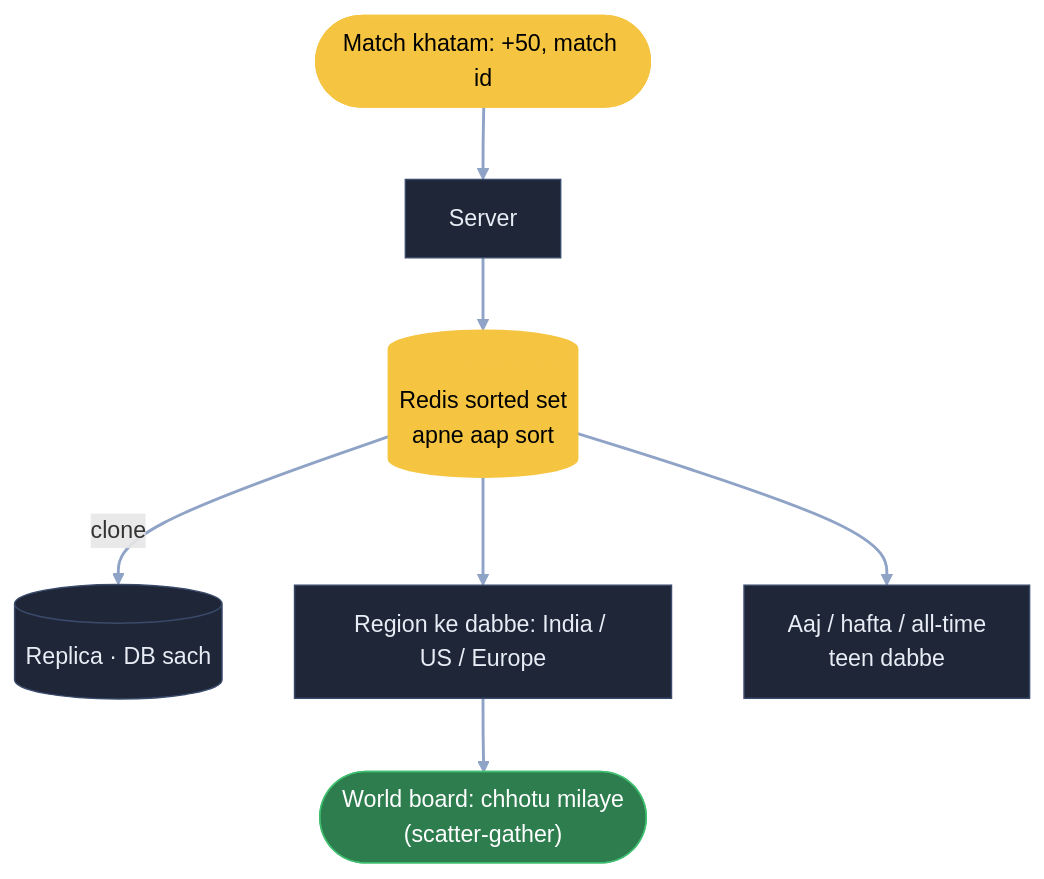
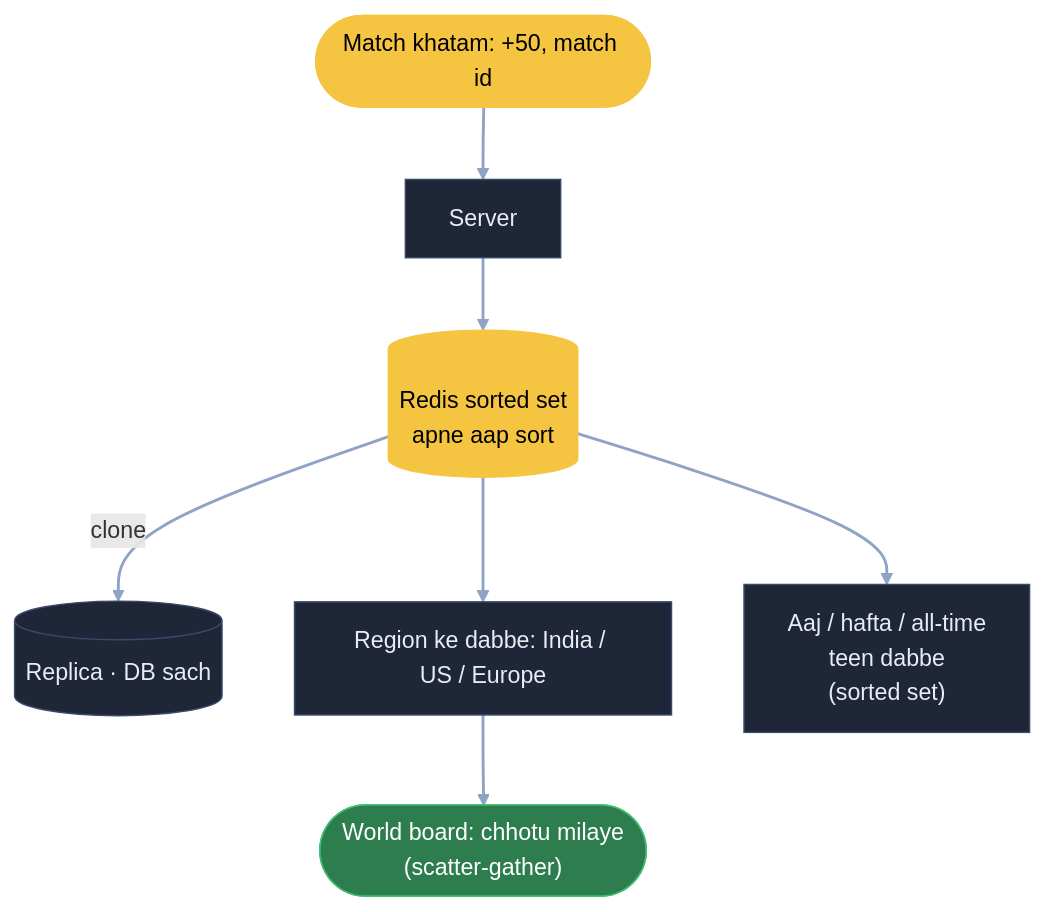
The eighth of 8 diagrams in 04_HLD/SYSTEM_DESIGNS/16_leaderboard/16_leaderboard.md (ArpanMaheshwari144/Prep), drawn with Mermaid before and after one commit. The commit also changed other lines of this file and 22 other files, not shown here.

Commit message:
Diagram: sirf kahani ke dohraaye shabd pe bracket, us jagah notes wala matlab (207 label)

````diff
--- a/04_HLD/SYSTEM_DESIGNS/16_leaderboard/16_leaderboard.md
+++ b/04_HLD/SYSTEM_DESIGNS/16_leaderboard/16_leaderboard.md
@@ -406,14 +406,14 @@
 ```mermaid
 flowchart TB
     M(["Match khatam: +50, match id"]):::pill --> S["Server"]:::card
     S --> Z[("Redis sorted set<br/>apne aap sort")]:::pill
     Z -- "clone" --> REP[("Replica · DB sach")]:::card
     Z --> RG["Region ke dabbe: India / US / Europe"]:::card
     RG --> W(["World board: chhotu milaye<br/>(scatter-gather)"]):::good
-    Z --> T["Aaj / hafta / all-time<br/>teen dabbe"]:::card
+    Z --> T["Aaj / hafta / all-time<br/>teen dabbe<br/>(sorted set)"]:::card
     linkStyle default stroke:#8fa3c7,stroke-width:2px
     classDef card fill:#1e2638,stroke:#3a4a6b,color:#e8ecf5
     classDef pill fill:#f5c542,stroke:#f5c542,color:#000
     classDef good fill:#2e7d4f,stroke:#3fbf6f,color:#fff
     classDef bad fill:#5c1f24,stroke:#e05561,color:#fff
 ```
````
